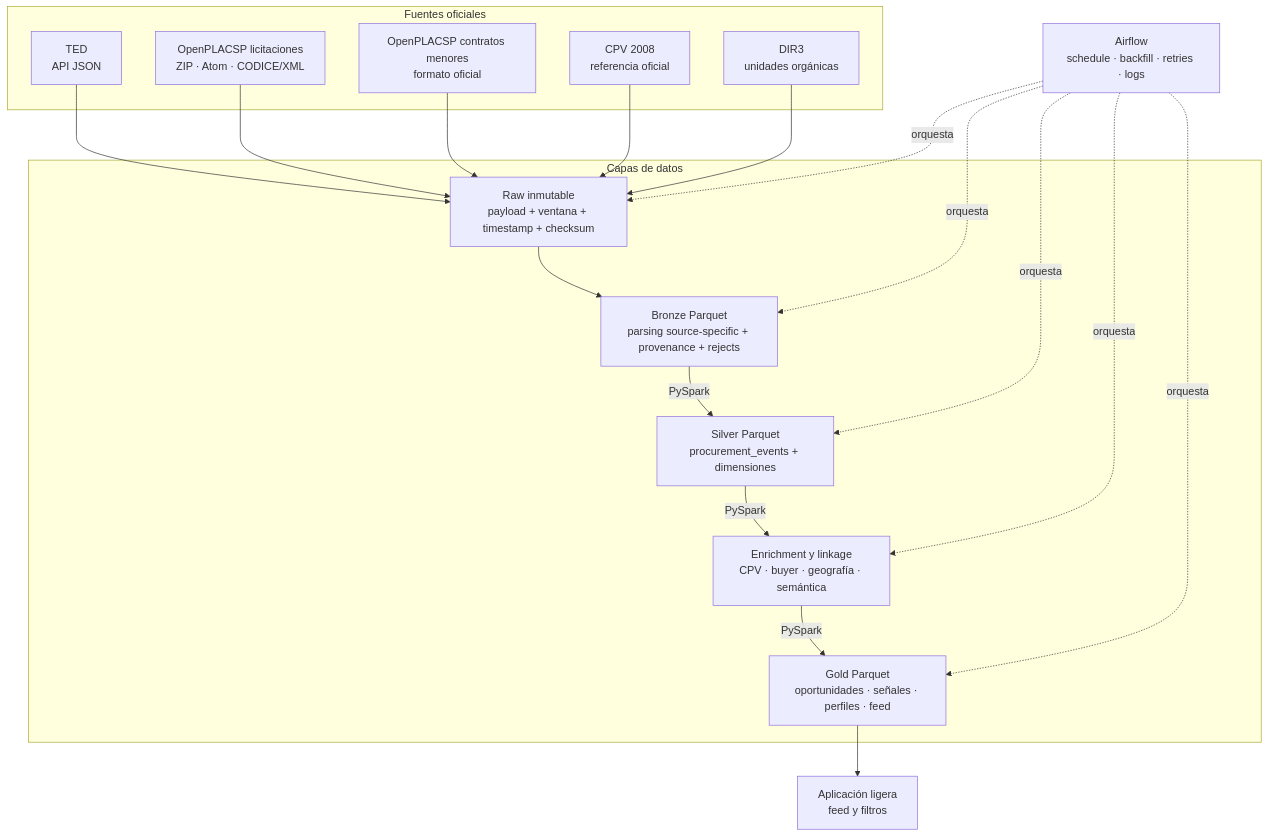
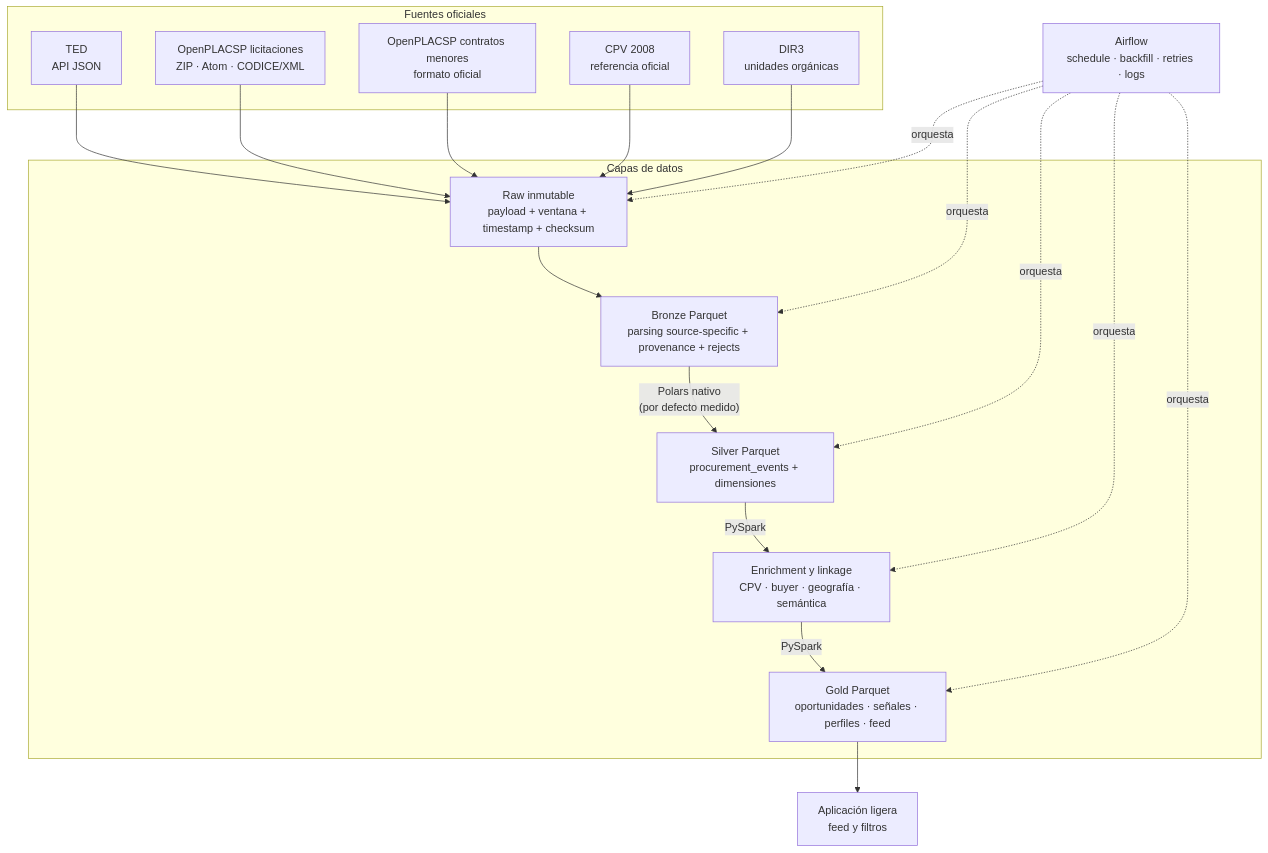
The second of 2 diagrams in docs/architecture.md (tomcrojo/tfm-licitaciones), drawn with Mermaid before and after one commit. The commit also changed other lines of this file and 10 other files, not shown here.

First line of the commit message:
feat: make native Polars the default canonical Silver engine

````diff
--- a/docs/architecture.md
+++ b/docs/architecture.md
@@ -55,36 +58,36 @@
 ```mermaid
 flowchart TB
     subgraph SOURCES["Fuentes oficiales"]
         TED2["TED<br/>API JSON"]
         PLI["OpenPLACSP licitaciones<br/>ZIP · Atom · CODICE/XML"]
         PCM["OpenPLACSP contratos menores<br/>formato oficial"]
         CPV["CPV 2008<br/>referencia oficial"]
         DIR3["DIR3<br/>unidades orgánicas"]
     end
 
     subgraph DATA["Capas de datos"]
         RAW2["Raw inmutable<br/>payload + ventana + timestamp + checksum"]
         BRONZE2["Bronze Parquet<br/>parsing source-specific + provenance + rejects"]
         SILVER2["Silver Parquet<br/>procurement_events + dimensiones"]
         ENRICH["Enrichment y linkage<br/>CPV · buyer · geografía · semántica"]
         GOLD2["Gold Parquet<br/>oportunidades · señales · perfiles · feed"]
     end
 
     TED2 --> RAW2
     PLI --> RAW2
     PCM --> RAW2
     CPV --> RAW2
     DIR3 --> RAW2
     RAW2 --> BRONZE2
-    BRONZE2 -->|"PySpark"| SILVER2
+    BRONZE2 -->|"Polars nativo<br/>(por defecto medido)"| SILVER2
     SILVER2 -->|"PySpark"| ENRICH
     ENRICH -->|"PySpark"| GOLD2
 
     AIRFLOW["Airflow<br/>schedule · backfill · retries · logs"] -.->|orquesta| RAW2
     AIRFLOW -.->|orquesta| BRONZE2
     AIRFLOW -.->|orquesta| SILVER2
     AIRFLOW -.->|orquesta| ENRICH
     AIRFLOW -.->|orquesta| GOLD2
 
     GOLD2 --> APP["Aplicación ligera<br/>feed y filtros"]
 ```
````
